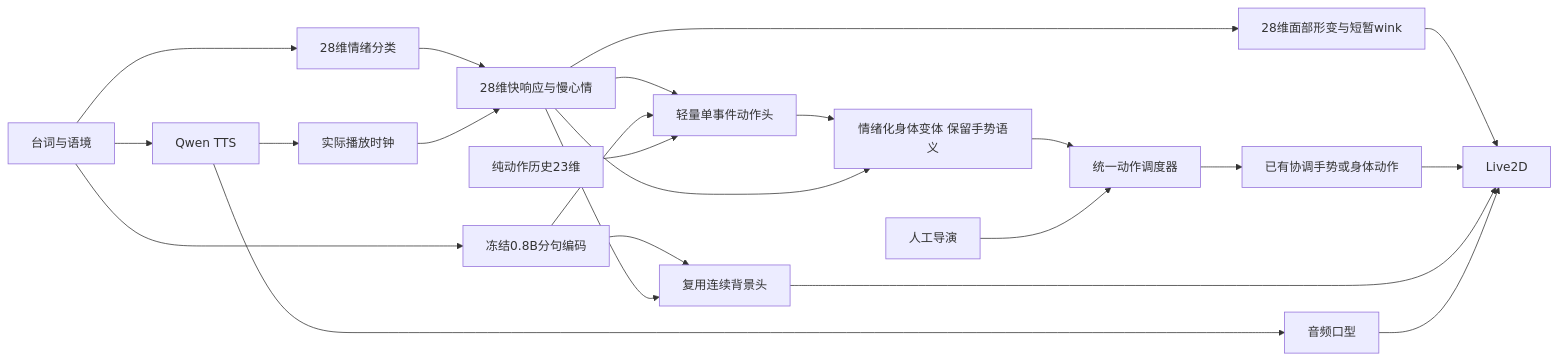
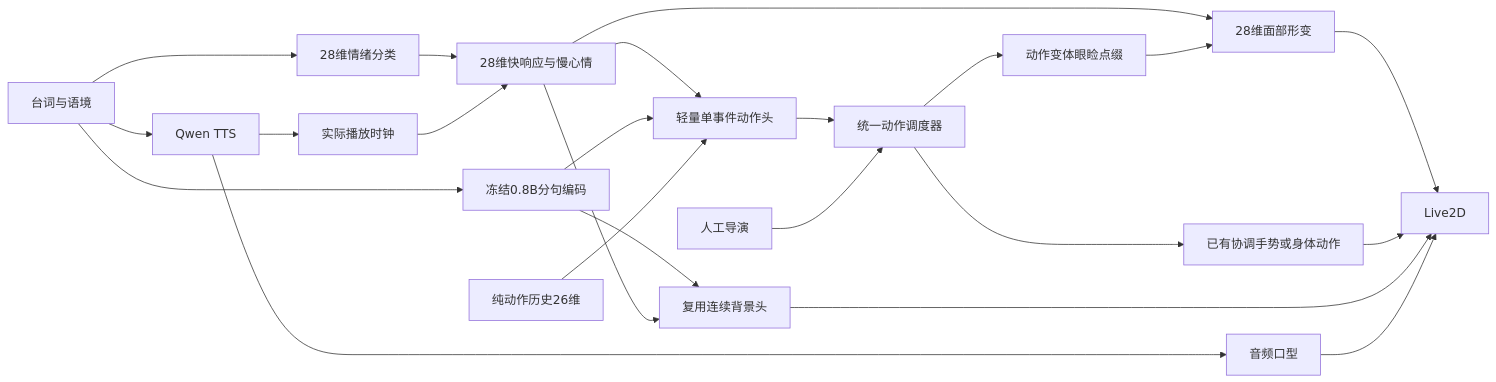
The diagram in docs/architecture.md (pxy1118/auto-live2d), drawn with Mermaid before and after one commit. The commit also changed other lines of this file and 64 other files, not shown here.

````diff
--- a/docs/architecture.md
+++ b/docs/architecture.md
@@ -5,25 +5,25 @@
 ```mermaid
 flowchart LR
   Text[台词与语境] --> TTS[Qwen TTS]
   Text --> E[28维情绪分类]
   Text --> Q[冻结0.8B分句编码]
   TTS --> Clock[实际播放时钟]
   E --> Curve[28维快响应与慢心情]
   Clock --> Curve
-  Curve --> Face[28维面部形变与短暂wink]
+  Curve --> Face[28维面部形变]
   Curve --> Action[轻量单事件动作头]
   Q --> Action
-  History[纯动作历史23维] --> Action
-  Action --> Style[情绪化身体变体 保留手势语义]
-  Curve --> Style
-  Style --> Schedule[统一动作调度器]
+  History[纯动作历史26维] --> Action
+  Action --> Schedule[统一动作调度器]
+  Schedule --> Accent[动作变体眼睑点缀]
+  Accent --> Face
   Director[人工导演] --> Schedule
   Schedule --> Pose[已有协调手势或身体动作]
   Q --> Background[复用连续背景头]
   Curve --> Background
   Face --> Live2D[Live2D]
   Pose --> Live2D
   Background --> Live2D
   TTS --> Mouth[音频口型]
   Mouth --> Live2D
 ```
````
